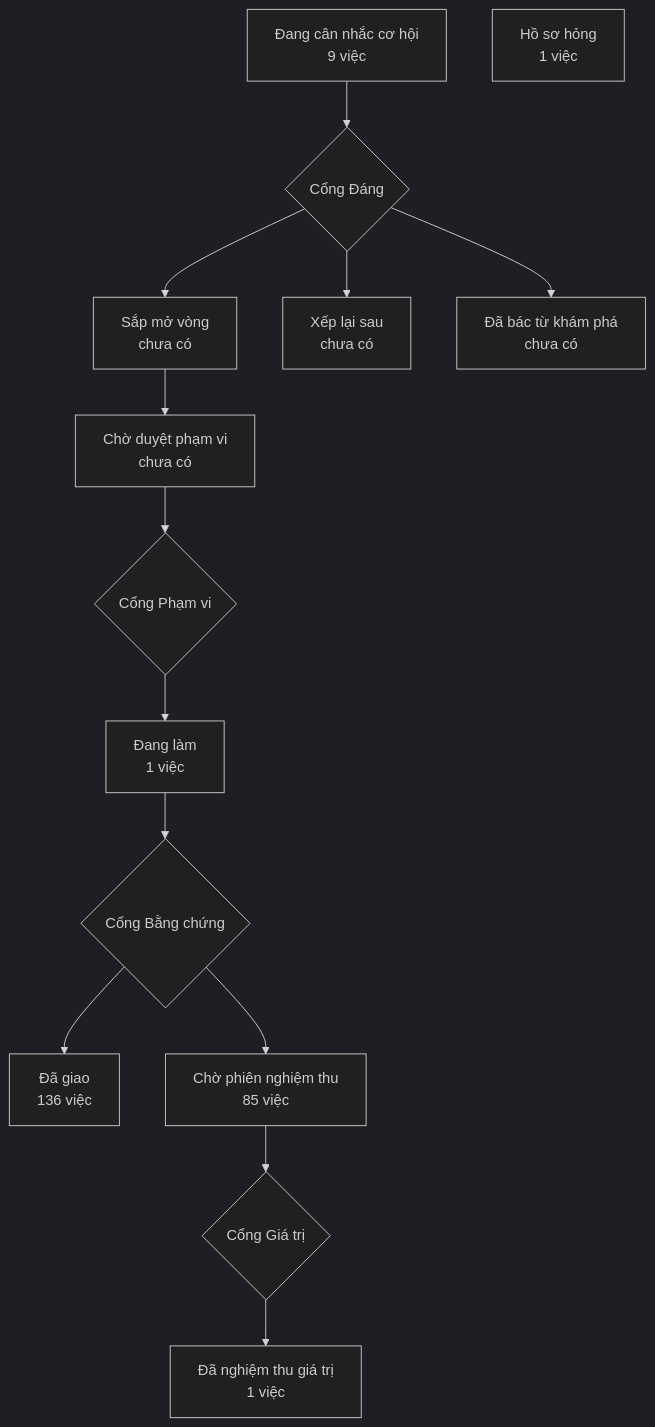
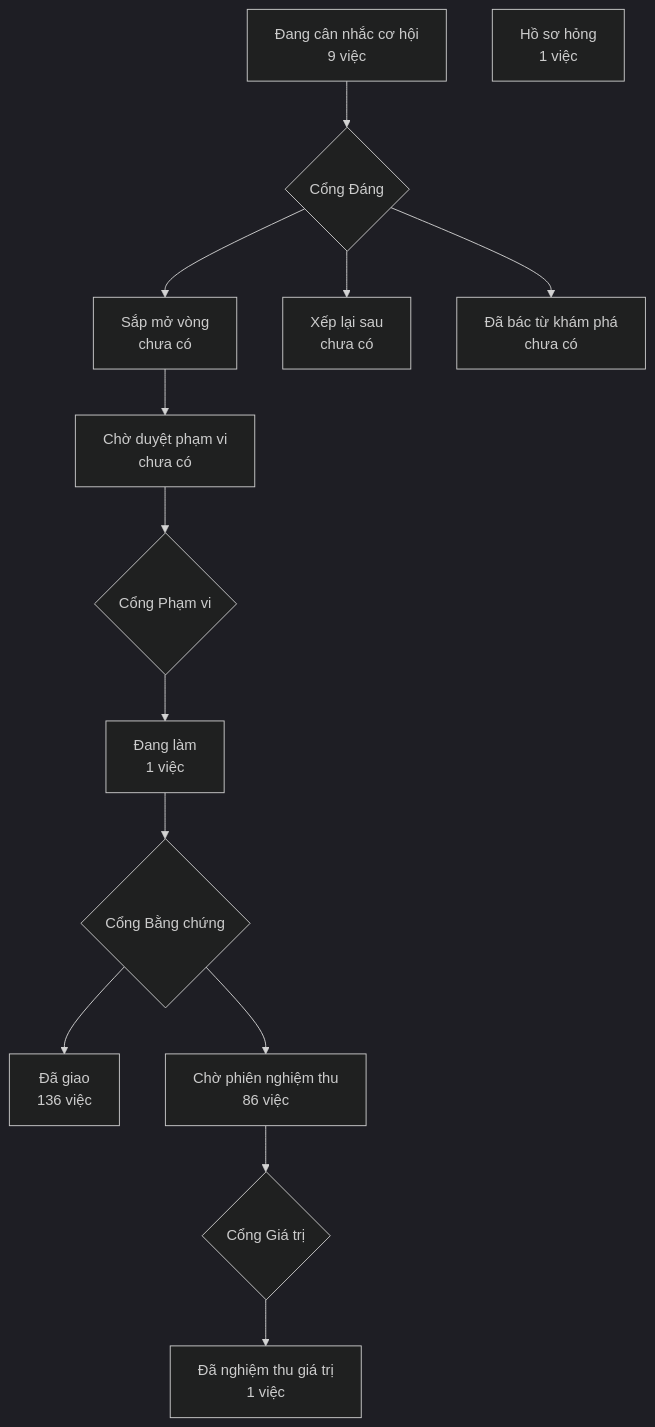
Before and after one commit to phanlemanh/crm-onehub: the diagram in PRODUCT-MAP.md, drawn with Mermaid (dark theme). The commit also changed 1 other file, not shown here.

Commit message:
chore: vẽ lại bản đồ sản phẩm bằng kit 2.26 sau gộp onehub d5078b8e

````diff
--- a/PRODUCT-MAP.md
+++ b/PRODUCT-MAP.md
@@ -7,13 +7,13 @@
 ```mermaid
 flowchart TD
   A["Đang cân nhắc cơ hội<br/>9 việc"] --> GD{"Cổng Đáng"}
   GD --> B["Sắp mở vòng<br/>chưa có"]
   GD --> XL["Xếp lại sau<br/>chưa có"]
   GD --> DB["Đã bác từ khám phá<br/>chưa có"]
   B --> CD["Chờ duyệt phạm vi<br/>chưa có"] --> GP{"Cổng Phạm vi"}
   GP --> DL["Đang làm<br/>1 việc"] --> GB{"Cổng Bằng chứng"}
   GB --> DG["Đã giao<br/>136 việc"]
-  GB --> CN["Chờ phiên nghiệm thu<br/>85 việc"] --> GG{"Cổng Giá trị"}
+  GB --> CN["Chờ phiên nghiệm thu<br/>86 việc"] --> GG{"Cổng Giá trị"}
   GG --> NT["Đã nghiệm thu giá trị<br/>1 việc"]
   HS["Hồ sơ hỏng<br/>1 việc"]
 ```
````
